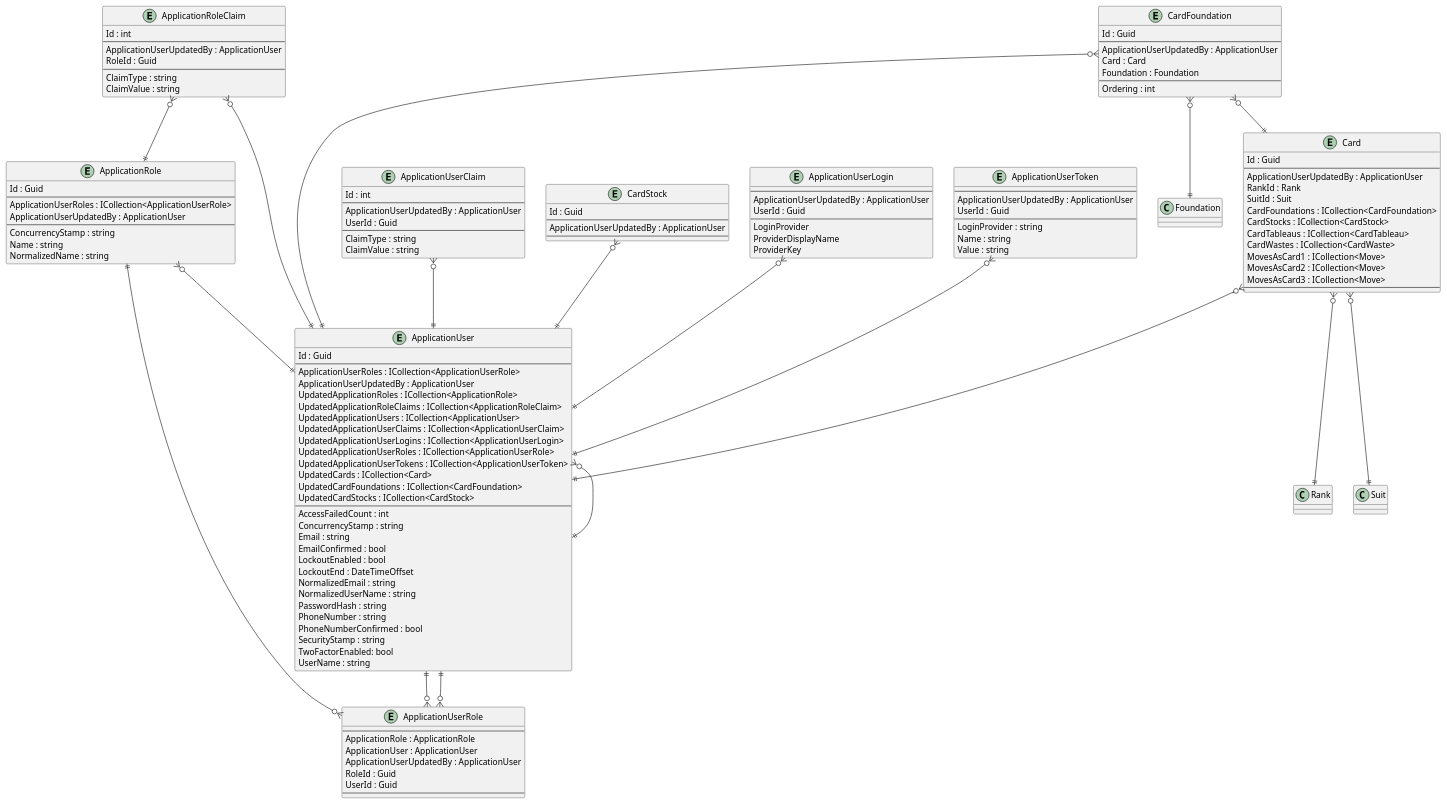
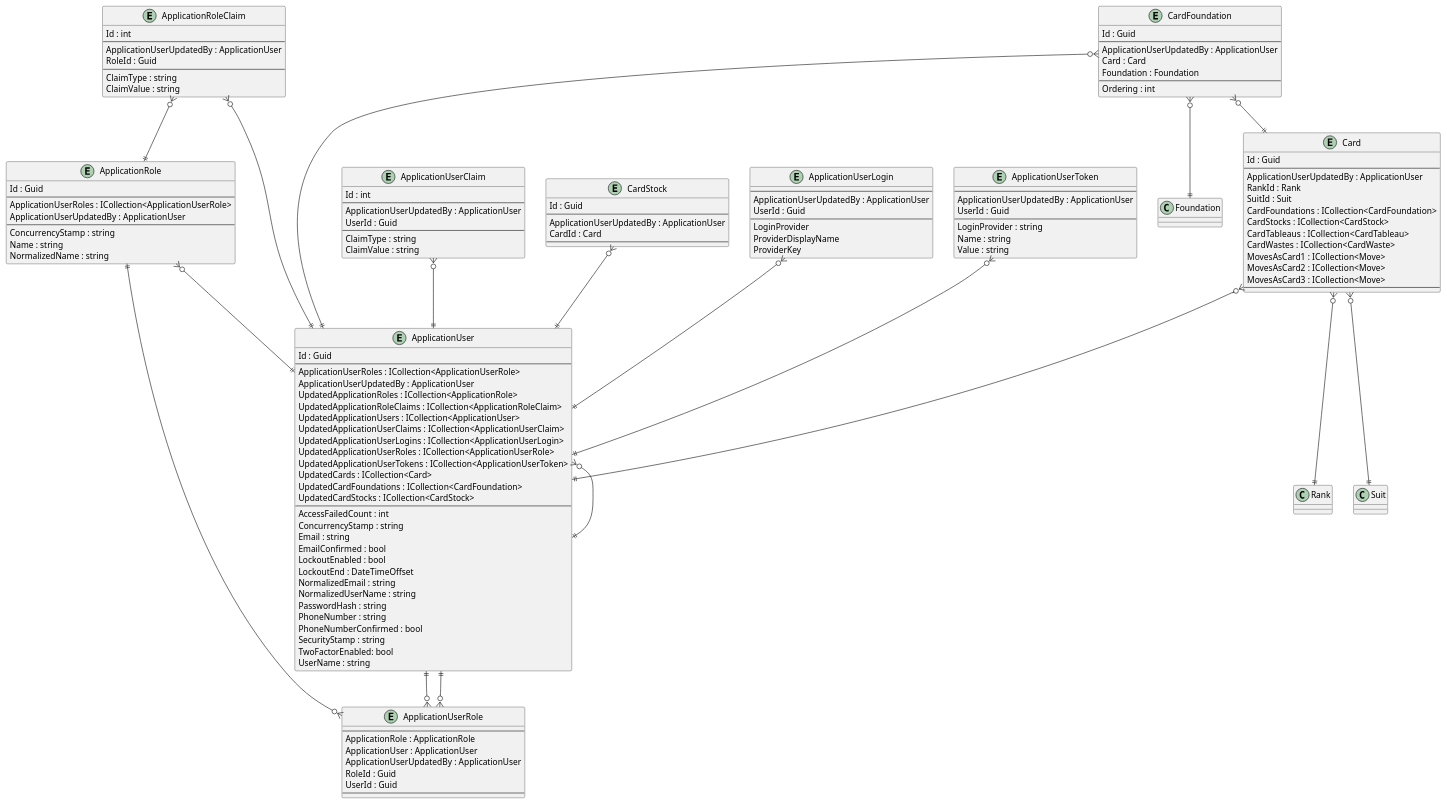
One commit to intrepion/intrepion_klondike-solitaire_csharp changed the diagram in .docs/Intrepion.KlondikeSolitaire.pu. Above: the diagram before and after it, drawn with PlantUML.

```diff
--- a/.docs/Intrepion.KlondikeSolitaire.pu
+++ b/.docs/Intrepion.KlondikeSolitaire.pu
@@ -1,158 +1,159 @@
 @startuml
 
 entity ApplicationRole {
     Id : Guid
     --
     ApplicationUserRoles : ICollection<ApplicationUserRole>
     ApplicationUserUpdatedBy : ApplicationUser
     --
     ConcurrencyStamp : string
     Name : string
     NormalizedName : string
 }
 
 entity ApplicationRoleClaim {
     Id : int
     --
     ApplicationUserUpdatedBy : ApplicationUser
     RoleId : Guid
     --
     ClaimType : string
     ClaimValue : string
 }
 
 entity ApplicationUser {
     Id : Guid
     --
     ApplicationUserRoles : ICollection<ApplicationUserRole>
     ApplicationUserUpdatedBy : ApplicationUser
     UpdatedApplicationRoles : ICollection<ApplicationRole>
     UpdatedApplicationRoleClaims : ICollection<ApplicationRoleClaim>
     UpdatedApplicationUsers : ICollection<ApplicationUser>
     UpdatedApplicationUserClaims : ICollection<ApplicationUserClaim>
     UpdatedApplicationUserLogins : ICollection<ApplicationUserLogin>
     UpdatedApplicationUserRoles : ICollection<ApplicationUserRole>
     UpdatedApplicationUserTokens : ICollection<ApplicationUserToken>
     UpdatedCards : ICollection<Card>
     UpdatedCardFoundations : ICollection<CardFoundation>
     UpdatedCardStocks : ICollection<CardStock>
     ' ApplicationUserKeyCodePlaceholder
     --
     AccessFailedCount : int
     ConcurrencyStamp : string
     Email : string
     EmailConfirmed : bool
     LockoutEnabled : bool
     LockoutEnd : DateTimeOffset
     NormalizedEmail : string
     NormalizedUserName : string
     PasswordHash : string
     PhoneNumber : string
     PhoneNumberConfirmed : bool
     SecurityStamp : string
     TwoFactorEnabled: bool
     UserName : string
 }
 
 entity ApplicationUserClaim {
     Id : int
     --
     ApplicationUserUpdatedBy : ApplicationUser
     UserId : Guid
     --
     ClaimType : string
     ClaimValue : string
 }
 
 entity ApplicationUserLogin {
     --
     ApplicationUserUpdatedBy : ApplicationUser
     UserId : Guid
     --
     LoginProvider
     ProviderDisplayName
     ProviderKey
 }
 
 entity ApplicationUserRole {
     --
     ApplicationRole : ApplicationRole
     ApplicationUser : ApplicationUser
     ApplicationUserUpdatedBy : ApplicationUser
     RoleId : Guid
     UserId : Guid
     --
 }
 
 entity ApplicationUserToken {
     --
     ApplicationUserUpdatedBy : ApplicationUser
     UserId : Guid
     --
     LoginProvider : string
     Name : string
     Value : string
 }
 
 entity Card {
     Id : Guid
     --
     ApplicationUserUpdatedBy : ApplicationUser
     RankId : Rank
     SuitId : Suit
     CardFoundations : ICollection<CardFoundation>
     CardStocks : ICollection<CardStock>
     CardTableaus : ICollection<CardTableau>
     CardWastes : ICollection<CardWaste>
     MovesAsCard1 : ICollection<Move>
     MovesAsCard2 : ICollection<Move>
     MovesAsCard3 : ICollection<Move>
     ' CardKeyCodePlaceholder
     --
     ' CardPropertyCodePlaceholder
 }
 
 entity CardFoundation {
     Id : Guid
     --
     ApplicationUserUpdatedBy : ApplicationUser
     Card : Card
     Foundation : Foundation
     ' CardFoundationKeyCodePlaceholder
     --
     Ordering : int
     ' CardFoundationPropertyCodePlaceholder
 }
 
 entity CardStock {
     Id : Guid
     --
     ApplicationUserUpdatedBy : ApplicationUser
+    CardId : Card
     ' CardStockKeyCodePlaceholder
     --
     ' CardStockPropertyCodePlaceholder
 }
 
 ' EntityCodePlaceholder
 
 ApplicationRole ||--o{ ApplicationUserRole
 ApplicationRole }o--|| ApplicationUser
 ApplicationRoleClaim }o--|| ApplicationRole
 ApplicationRoleClaim }o--|| ApplicationUser
 ApplicationUser }o--|| ApplicationUser
 ApplicationUser ||--o{ ApplicationUserRole
 ApplicationUserClaim }o--|| ApplicationUser
 ApplicationUserLogin }o--|| ApplicationUser
 ApplicationUserRole }o--|| ApplicationUser
 ApplicationUserToken }o--|| ApplicationUser
 
 Card }o--|| ApplicationUser
 Card }o--|| Rank
 Card }o--|| Suit
 CardFoundation }o--|| ApplicationUser
 CardFoundation }o--|| Card
 CardFoundation }o--|| Foundation
 CardStock }o--|| ApplicationUser
 ' RelationshipCodePlaceholder
 
 @enduml
```
